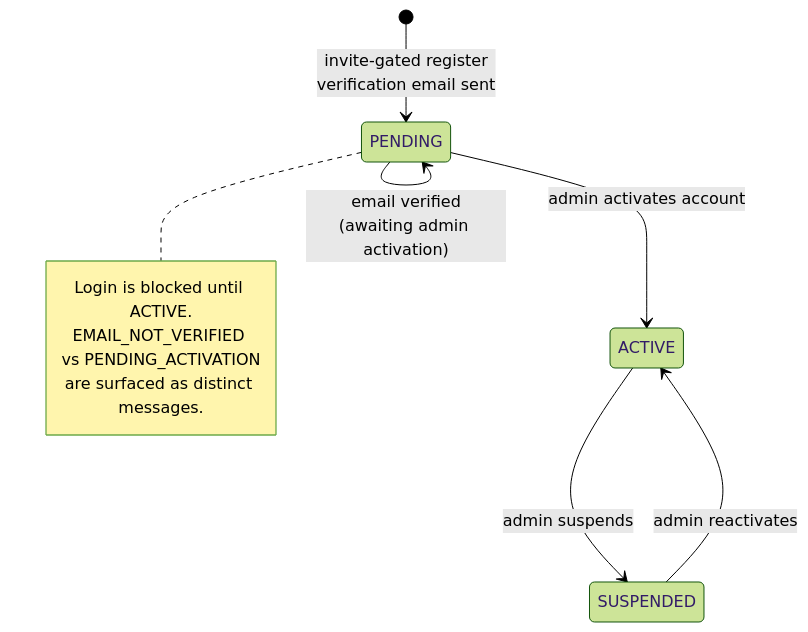
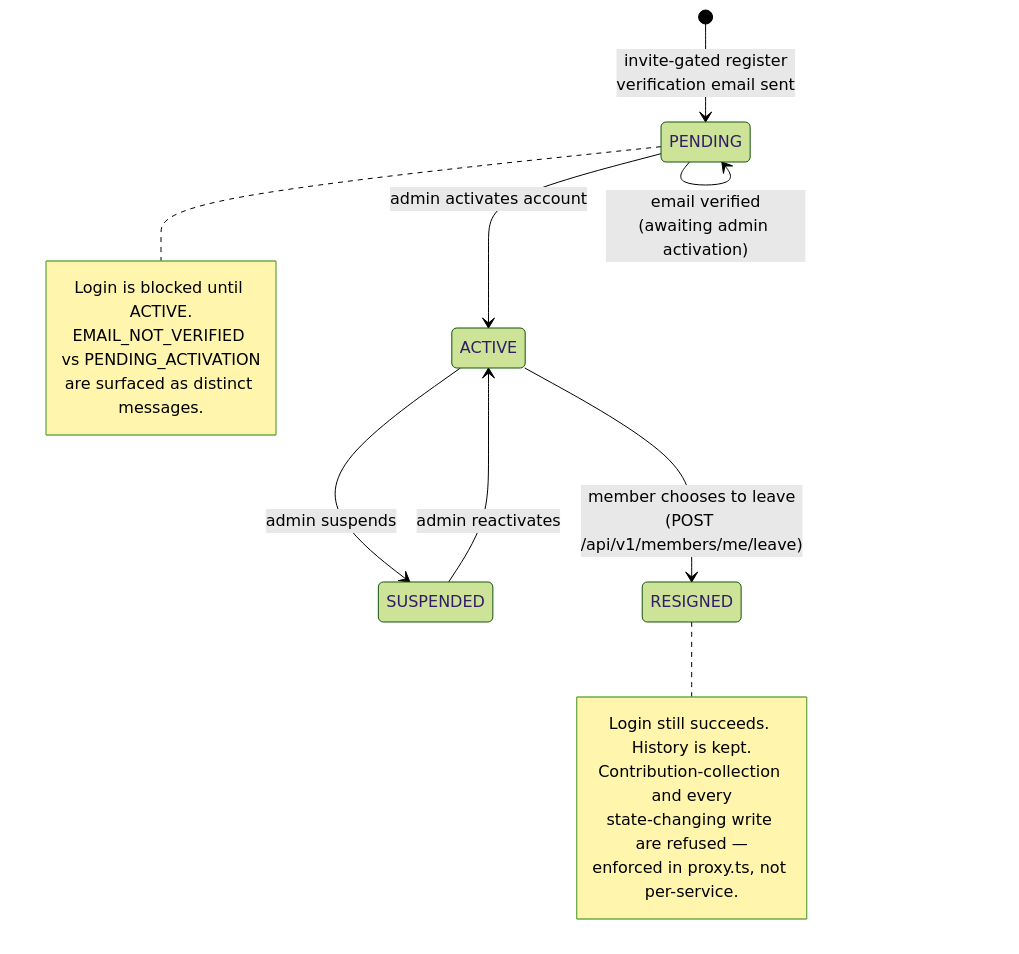
Before and after one commit to KSDRILL-SA/Xkimi-Xa-Mali: the first of 4 diagrams in docs/flows/01-auth-flow.md, drawn with Mermaid (forest theme). The commit also changed other lines of this file and 5 other files, not shown here.

````diff
--- a/docs/flows/01-auth-flow.md
+++ b/docs/flows/01-auth-flow.md
@@ -9,13 +23,20 @@
 ```mermaid
 stateDiagram-v2
     [*] --> PENDING : invite-gated register<br/>verification email sent
     PENDING --> PENDING : email verified<br/>(awaiting admin activation)
     PENDING --> ACTIVE : admin activates account
     ACTIVE --> SUSPENDED : admin suspends
     SUSPENDED --> ACTIVE : admin reactivates
+    ACTIVE --> RESIGNED : member chooses to leave<br/>(POST /api/v1/members/me/leave)
     note right of PENDING
         Login is blocked until ACTIVE.
         EMAIL_NOT_VERIFIED vs PENDING_ACTIVATION
         are surfaced as distinct messages.
     end note
+    note right of RESIGNED
+        Login still succeeds. History is kept.
+        Contribution-collection and every
+        state-changing write are refused —
+        enforced in proxy.ts, not per-service.
+    end note
 ```
````
